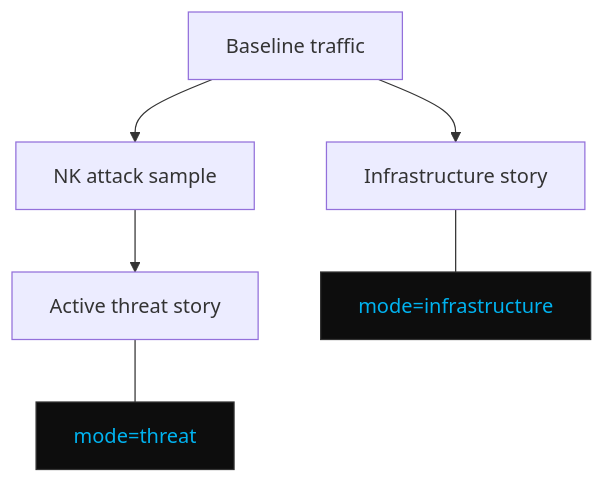
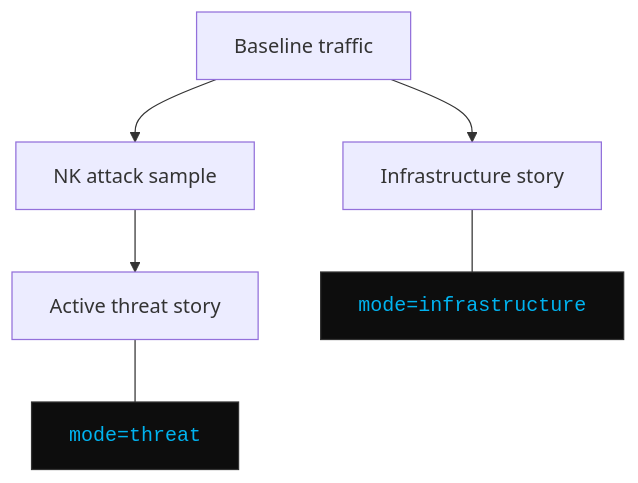
The fifth of 6 diagrams in demo-slides/s4r-demo-slides.md (dd-Splunk/splunk-mcp), drawn with Mermaid before and after one commit. The commit also changed other lines of this file and 3 other files, not shown here.

First line of the commit message:
Fix Mermaid node boxes too small for their labels in slides

```diff
--- a/demo-slides/s4r-demo-slides.md
+++ b/demo-slides/s4r-demo-slides.md
@@ -465,16 +479,16 @@
 <pre class="mermaid">
 flowchart TB
   BASE["Baseline traffic"]
   NK["NK attack sample"]
   M1["Infrastructure story"]
   M2["Active threat story"]
   C1["mode=infrastructure"]
   C2["mode=threat"]
   BASE --> M1
   BASE --> NK
   NK --> M2
   M1 --- C1
   M2 --- C2
-  classDef shell fill:#0d0d0d,stroke:#333,color:#00B3F0
+  classDef shell fill:#0d0d0d,stroke:#333,color:#00B3F0,font-family:monospace
   class C1,C2 shell
 </pre>
```
